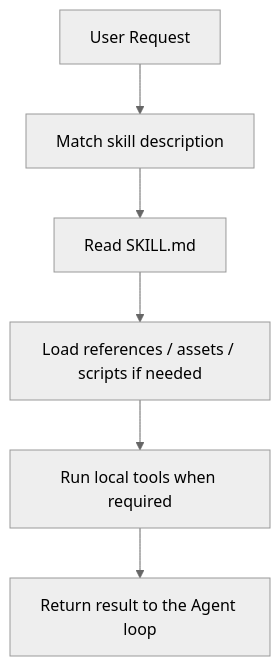
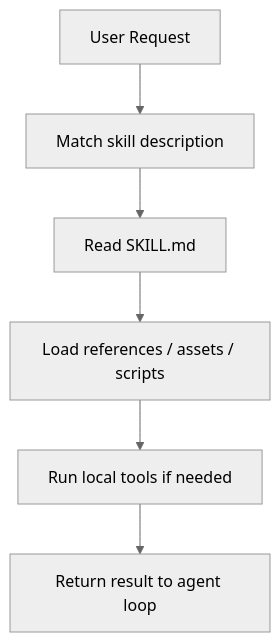
One commit to solution3tl/EverLoop changed the third of 4 diagrams in README.md. Above: the diagram before and after it, drawn with Mermaid (neutral theme). The commit also changed other lines of this file, not shown here.

````diff
--- a/README.md
+++ b/README.md
@@ -171,8 +238,8 @@
 ```mermaid
 flowchart TD
     A[User Request] --> B["Match skill description"]
     B --> C["Read SKILL.md"]
-    C --> D["Load references / assets / scripts if needed"]
-    D --> E["Run local tools when required"]
-    E --> F["Return result to the Agent loop"]
+    C --> D["Load references / assets / scripts"]
+    D --> E["Run local tools if needed"]
+    E --> F["Return result to agent loop"]
 ```
````
